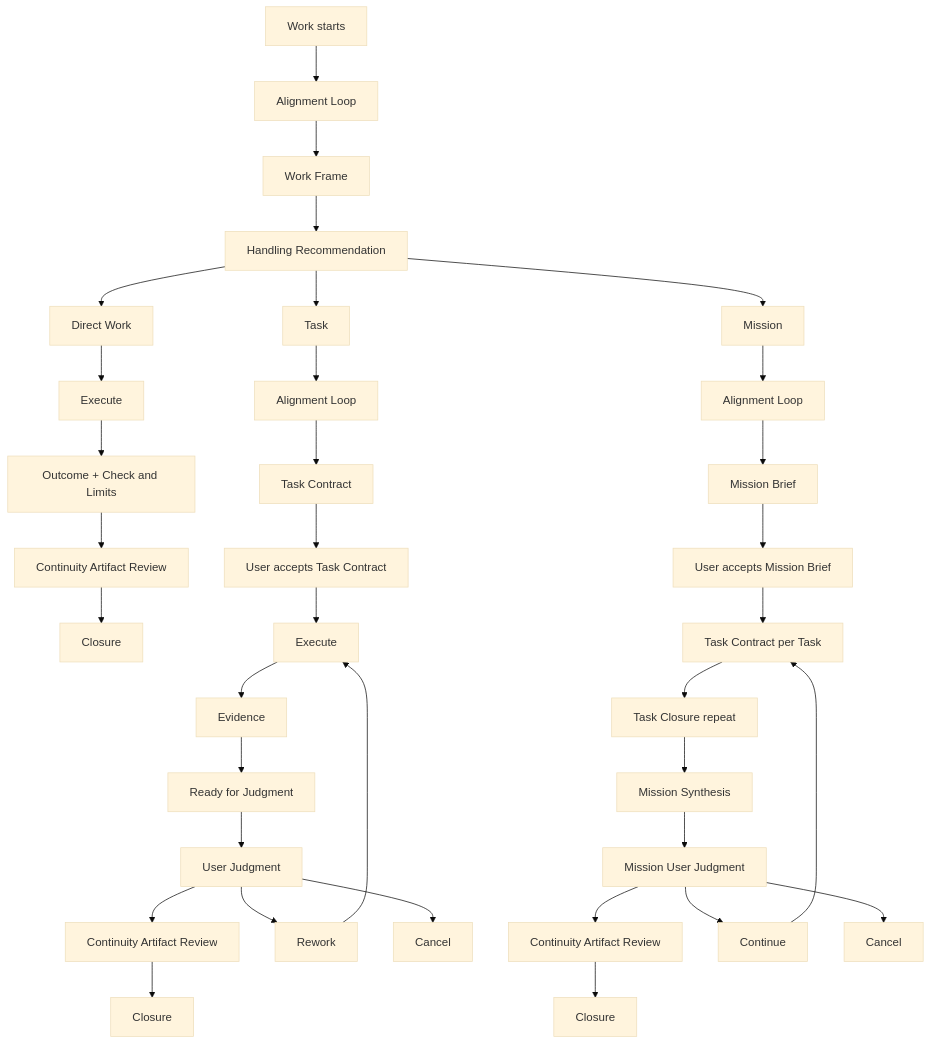
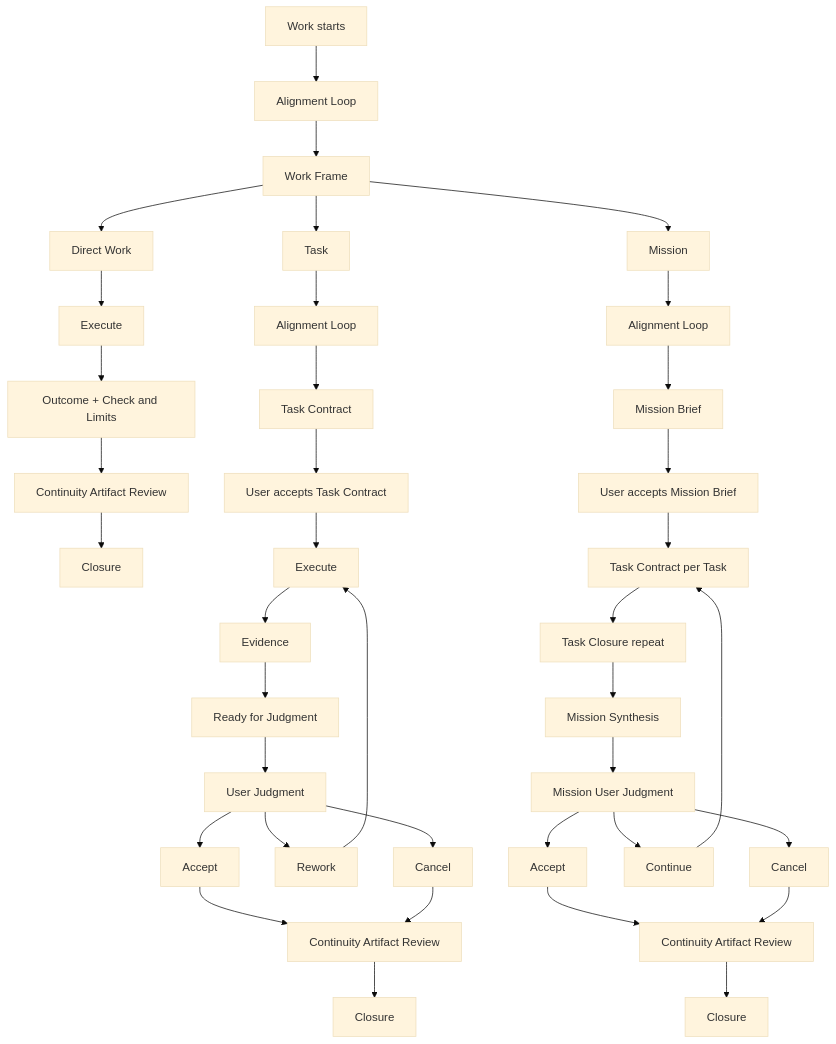
One commit to choam2426/Geas changed the diagram in docs/workflow/index.md. Above: the diagram before and after it, drawn with Mermaid (base theme). The commit also changed other lines of this file and 7 other files, not shown here.

Commit message:
docs: align workflow closure flow

````diff
--- a/docs/workflow/index.md
+++ b/docs/workflow/index.md
@@ -34,41 +34,44 @@
 ```mermaid
 flowchart TD
   start["Work starts"] --> align["Alignment Loop"]
   align --> frame["Work Frame"]
-  frame --> handling["Handling Recommendation"]
 
-  handling --> direct["Direct Work"]
-  handling --> task["Task"]
-  handling --> mission["Mission"]
+  frame --> direct["Direct Work"]
+  frame --> task["Task"]
+  frame --> mission["Mission"]
 
   direct --> directExecute["Execute"]
   directExecute --> directOutcome["Outcome + Check and Limits"]
   directOutcome --> directContinuity["Continuity Artifact Review"]
   directContinuity --> directClosure["Closure"]
 
   task --> taskAlign["Alignment Loop"]
   taskAlign --> contract["Task Contract"]
   contract --> contractAccept["User accepts Task Contract"]
   contractAccept --> taskExecute["Execute"]
   taskExecute --> taskEvidence["Evidence"]
   taskEvidence --> taskReady["Ready for Judgment"]
   taskReady --> taskJudgment["User Judgment"]
-  taskJudgment --> taskContinuity["Continuity Artifact Review"]
+  taskJudgment --> taskAccept["Accept"]
+  taskAccept --> taskContinuity["Continuity Artifact Review"]
   taskContinuity --> taskClosure["Closure"]
   taskJudgment --> taskRework["Rework"]
   taskJudgment --> taskCancel["Cancel"]
   taskRework --> taskExecute
+  taskCancel --> taskContinuity
 
   mission --> missionAlign["Alignment Loop"]
   missionAlign --> brief["Mission Brief"]
   brief --> briefAccept["User accepts Mission Brief"]
   briefAccept --> taskLoop["Task Contract per Task"]
   taskLoop --> taskRepeat["Task Closure repeat"]
   taskRepeat --> synthesis["Mission Synthesis"]
   synthesis --> missionJudgment["Mission User Judgment"]
-  missionJudgment --> missionContinuity["Continuity Artifact Review"]
+  missionJudgment --> missionAccept["Accept"]
+  missionAccept --> missionContinuity["Continuity Artifact Review"]
   missionContinuity --> missionClosure["Closure"]
   missionJudgment --> missionContinue["Continue"]
   missionJudgment --> missionCancel["Cancel"]
   missionContinue --> taskLoop
+  missionCancel --> missionContinuity
 ```
````
